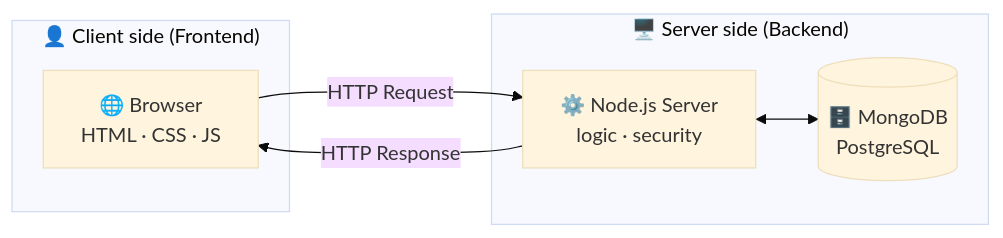
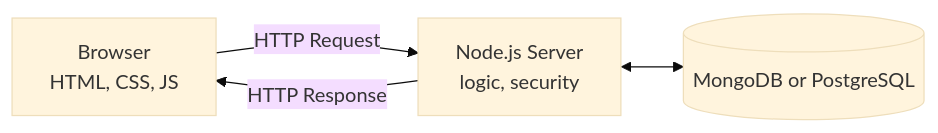
The fifth of 9 diagrams in 01-web-fundamentals/README.md (saikot05/backend-zero-to-expert), drawn with Mermaid (base theme) before and after one commit. The commit also changed other lines of this file, not shown here.

Commit message:
docs: simplify all mermaid diagrams in 01 part 1

````diff
--- a/01-web-fundamentals/README.md
+++ b/01-web-fundamentals/README.md
@@ -168,13 +160,6 @@
 ```mermaid
 flowchart LR
-    subgraph CLIENTSIDE["👤 Client side (Frontend)"]
-        B["🌐 Browser<br/>HTML · CSS · JS"]
-    end
-    subgraph SERVERSIDE["🖥️ Server side (Backend)"]
-        S["⚙️ Node.js Server<br/>logic · security"]
-        DB[("🗄️ MongoDB<br/>PostgreSQL")]
-    end
-    B -- "HTTP Request" --> S
-    S -- "HTTP Response" --> B
-    S <--> DB
+    B["Browser<br/>HTML, CSS, JS"] -->|HTTP Request| S["Node.js Server<br/>logic, security"]
+    S -->|HTTP Response| B
+    S <--> DB[("MongoDB or PostgreSQL")]
 ```
````
